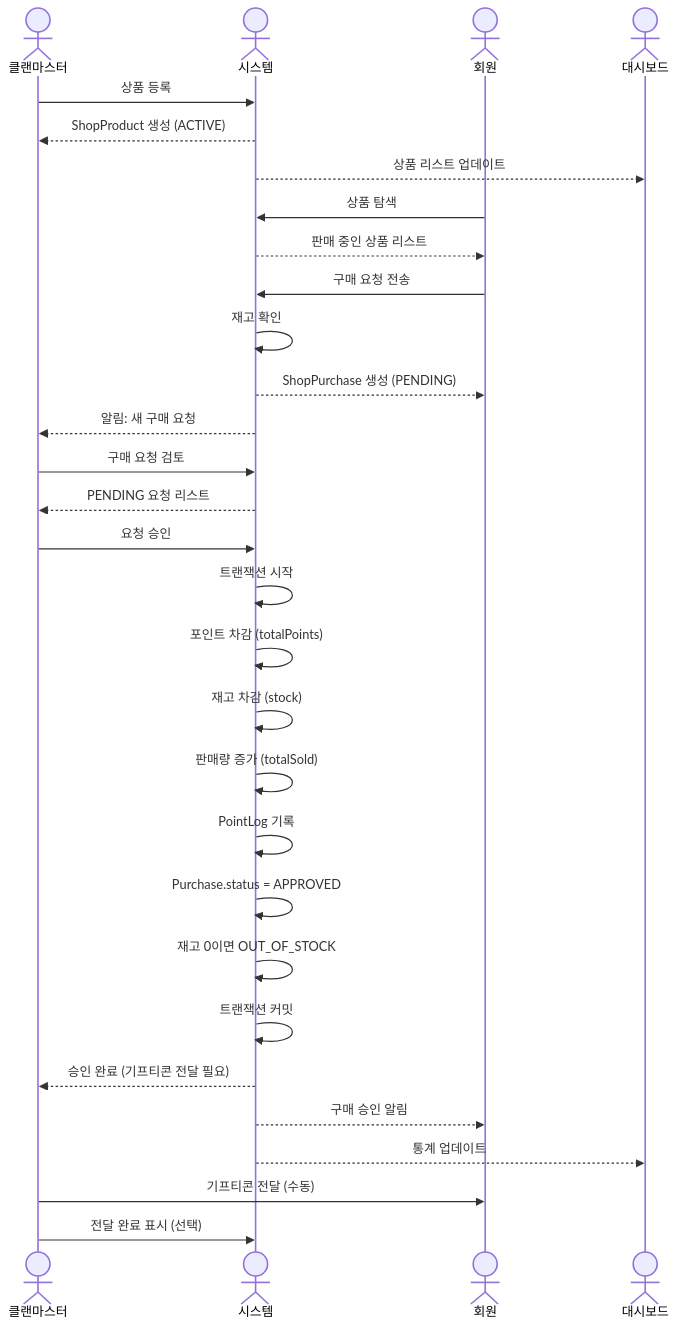
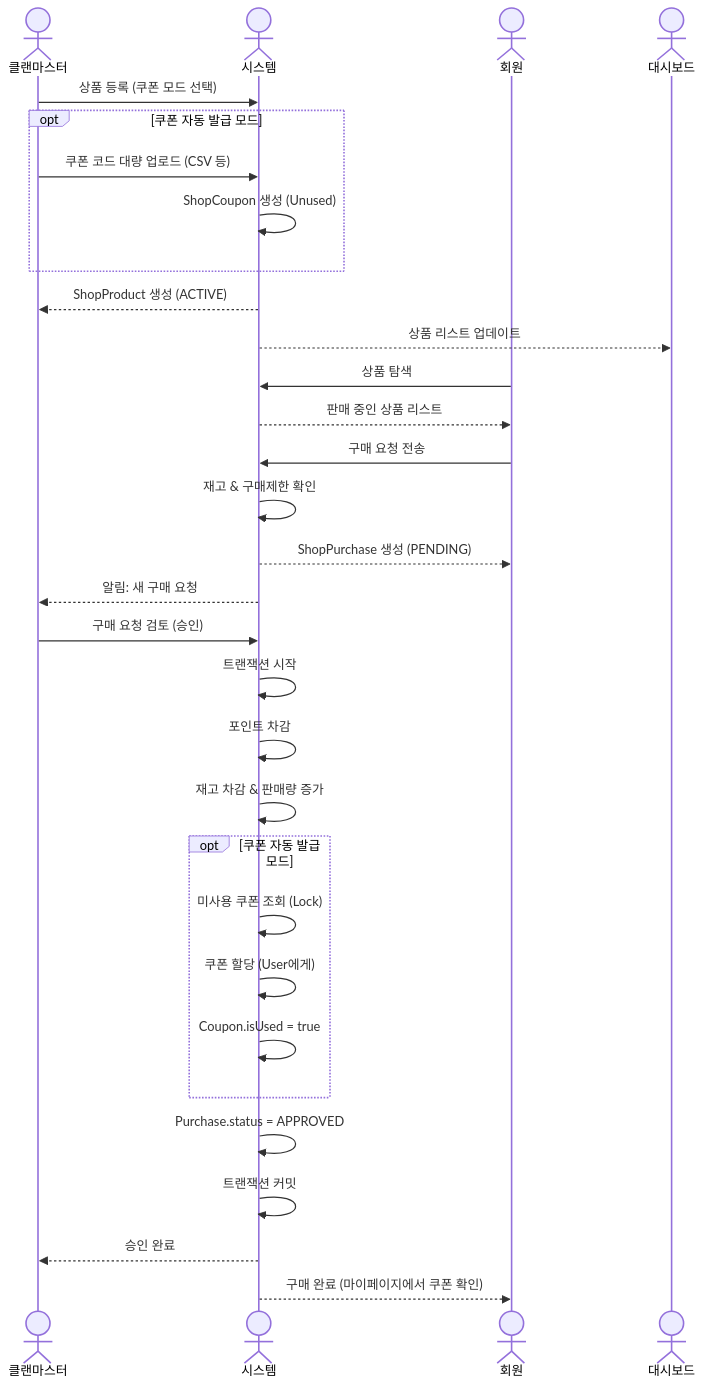
Before and after one commit to eyjs/potg: the diagram in docs/shop/PROCESS.md, drawn with Mermaid. The commit also changed other lines of this file and 64 other files, not shown here.

````diff
--- a/docs/shop/PROCESS.md
+++ b/docs/shop/PROCESS.md
@@ -9,40 +10,42 @@
 ```mermaid
 sequenceDiagram
     actor M as 클랜마스터
     actor S as 시스템
     actor U as 회원
     actor D as 대시보드
 
     %% Phase 1: 상품 등록
-    M->>S: 상품 등록
+    M->>S: 상품 등록 (쿠폰 모드 선택)
+    opt 쿠폰 자동 발급 모드
+        M->>S: 쿠폰 코드 대량 업로드 (CSV 등)
+        S->>S: ShopCoupon 생성 (Unused)
+    end
     S-->>M: ShopProduct 생성 (ACTIVE)
     S-->>D: 상품 리스트 업데이트
 
     %% Phase 2: 구매 요청
     U->>S: 상품 탐색
     S-->>U: 판매 중인 상품 리스트
     U->>S: 구매 요청 전송
-    S->>S: 재고 확인
+    S->>S: 재고 & 구매제한 확인
     S-->>U: ShopPurchase 생성 (PENDING)
     S-->>M: 알림: 새 구매 요청
 
     %% Phase 3: 승인 및 처리
-    M->>S: 구매 요청 검토
-    S-->>M: PENDING 요청 리스트
-    M->>S: 요청 승인
+    M->>S: 구매 요청 검토 (승인)
     S->>S: 트랜잭션 시작
-    S->>S: 포인트 차감 (totalPoints)
-    S->>S: 재고 차감 (stock)
-    S->>S: 판매량 증가 (totalSold)
-    S->>S: PointLog 기록
+    S->>S: 포인트 차감
+    S->>S: 재고 차감 & 판매량 증가
+    
+    opt 쿠폰 자동 발급 모드
+        S->>S: 미사용 쿠폰 조회 (Lock)
+        S->>S: 쿠폰 할당 (User에게)
+        S->>S: Coupon.isUsed = true
+    end
+    
     S->>S: Purchase.status = APPROVED
-    S->>S: 재고 0이면 OUT_OF_STOCK
     S->>S: 트랜잭션 커밋
-    S-->>M: 승인 완료 (기프티콘 전달 필요)
-    S-->>U: 구매 승인 알림
-    S-->>D: 통계 업데이트
-
-    %% Phase 4: 기프티콘 전달
-    M->>U: 기프티콘 전달 (수동)
-    M->>S: 전달 완료 표시 (선택)
+    
+    S-->>M: 승인 완료
+    S-->>U: 구매 완료 (마이페이지에서 쿠폰 확인)
 ```
````
